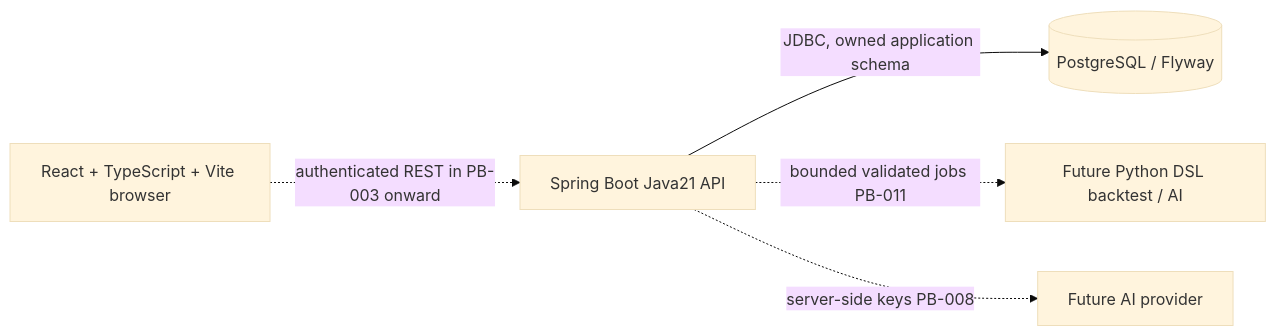
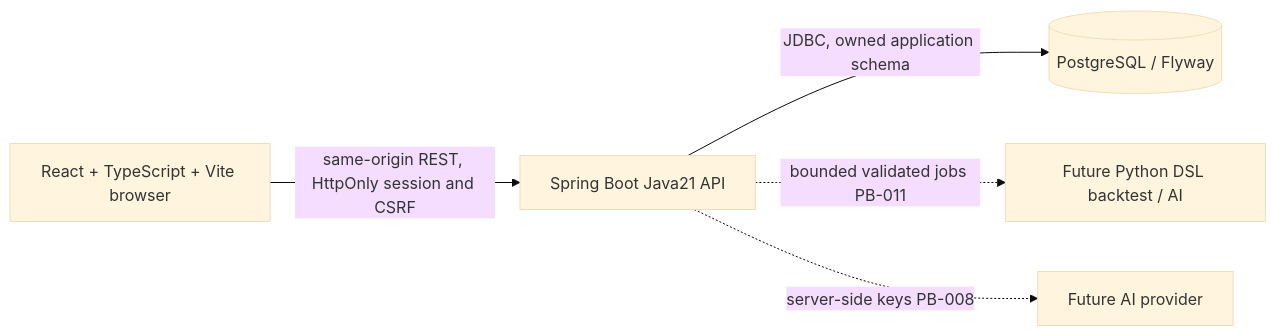
One commit to tranbaohoang10/AITrading changed the first of 2 diagrams in docs/architecture.md. Above: the diagram before and after it, drawn with Mermaid (base theme). The commit also changed other lines of this file and 50 other files, not shown here.

````diff
--- a/docs/architecture.md
+++ b/docs/architecture.md
@@ -6,12 +6,12 @@
 ```mermaid
 flowchart LR
   Browser[React + TypeScript + Vite browser]
   API[Spring Boot Java21 API]
   DB[(PostgreSQL / Flyway)]
   Python[Future Python DSL backtest / AI]
   Provider[Future AI provider]
-  Browser -. authenticated REST in PB-003 onward .-> API
+  Browser -->|same-origin REST, HttpOnly session and CSRF| API
   API -->|JDBC, owned application schema| DB
   API -. bounded validated jobs PB-011 .-> Python
   API -. server-side keys PB-008 .-> Provider
 ```
````
